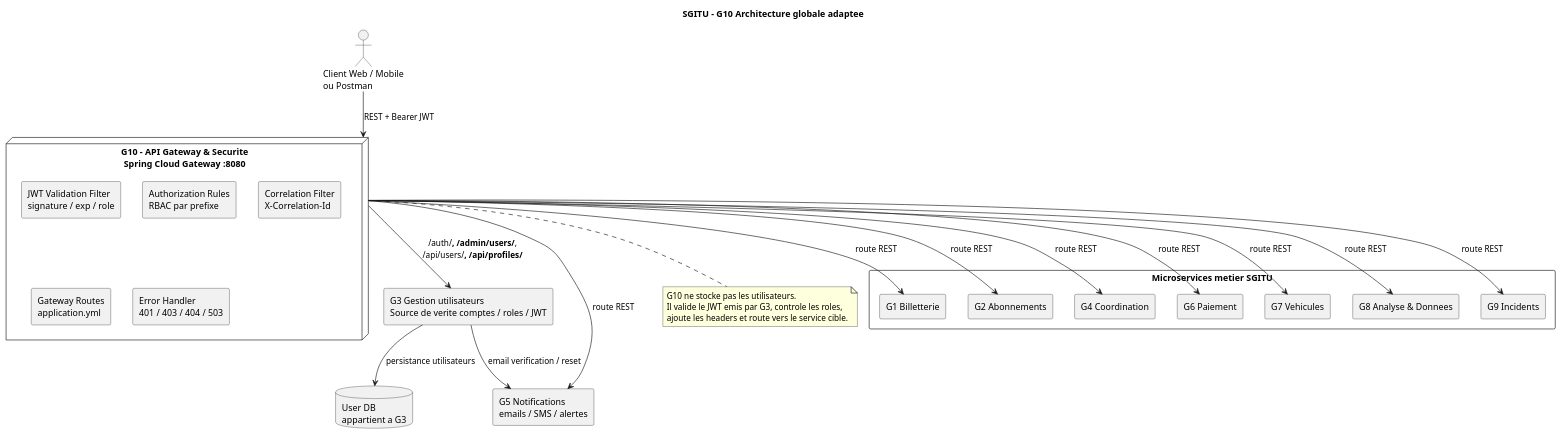
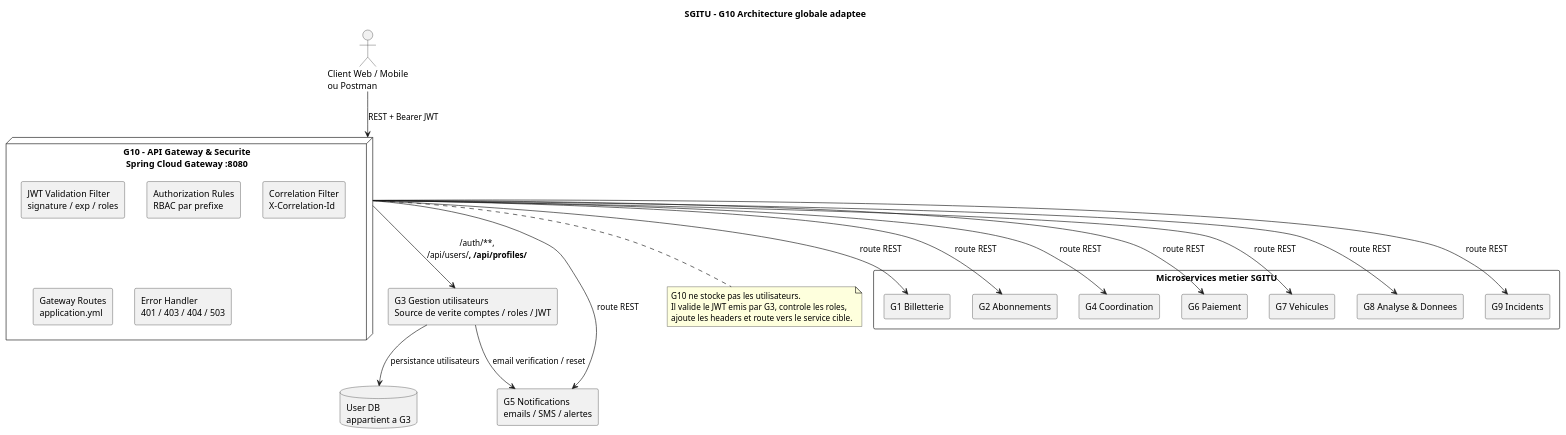
One commit to AmineElBiyadi/SGITU-Microservices changed the diagram in api-gateway/docs/diagrams/g10_01_architecture_globale.puml. Above: the diagram before and after it, drawn with PlantUML. The commit also changed 26 other files, not shown here.

```diff
--- a/api-gateway/docs/diagrams/g10_01_architecture_globale.puml
+++ b/api-gateway/docs/diagrams/g10_01_architecture_globale.puml
@@ -1,52 +1,52 @@
 @startuml
 title SGITU - G10 Architecture globale adaptee
 
 skinparam componentStyle rectangle
 skinparam shadowing false
 skinparam packageStyle rectangle
 
 actor "Client Web / Mobile\nou Postman" as Client
 
 node "G10 - API Gateway & Securite\nSpring Cloud Gateway :8080" as G10 {
-  component "JWT Validation Filter\nsignature / exp / role" as JwtFilter
+  component "JWT Validation Filter\nsignature / exp / roles" as JwtFilter
   component "Authorization Rules\nRBAC par prefixe" as RBAC
   component "Correlation Filter\nX-Correlation-Id" as CorrFilter
   component "Gateway Routes\napplication.yml" as Routes
   component "Error Handler\n401 / 403 / 404 / 503" as ErrorHandler
 }
 
 component "G3 Gestion utilisateurs\nSource de verite comptes / roles / JWT" as G3
 database "User DB\nappartient a G3" as G3Db
 component "G5 Notifications\nemails / SMS / alertes" as G5
 
 package "Microservices metier SGITU" {
   component "G1 Billetterie" as G1
   component "G2 Abonnements" as G2
   component "G4 Coordination" as G4
   component "G6 Paiement" as G6
   component "G7 Vehicules" as G7
   component "G8 Analyse & Donnees" as G8
   component "G9 Incidents" as G9
 }
 
 Client --> G10 : REST + Bearer JWT
-G10 --> G3 : /auth/**, /admin/users/**,\n/api/users/**, /api/profiles/**
+G10 --> G3 : /auth/**,\n/api/users/**, /api/profiles/**
 G3 --> G3Db : persistance utilisateurs
 G3 --> G5 : email verification / reset
 
 G10 --> G1 : route REST
 G10 --> G2 : route REST
 G10 --> G4 : route REST
 G10 --> G5 : route REST
 G10 --> G6 : route REST
 G10 --> G7 : route REST
 G10 --> G8 : route REST
 G10 --> G9 : route REST
 
 note bottom of G10
 G10 ne stocke pas les utilisateurs.
 Il valide le JWT emis par G3, controle les roles,
 ajoute les headers et route vers le service cible.
 end note
 
 @enduml
```
